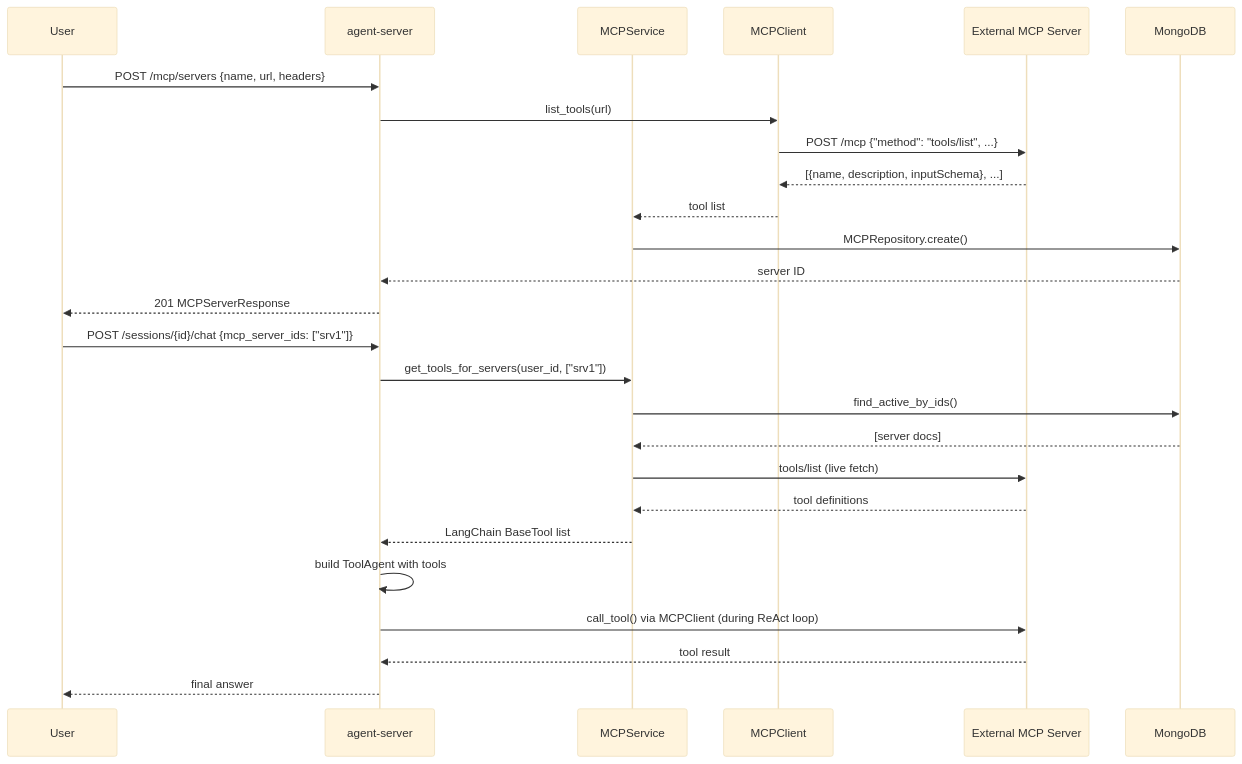
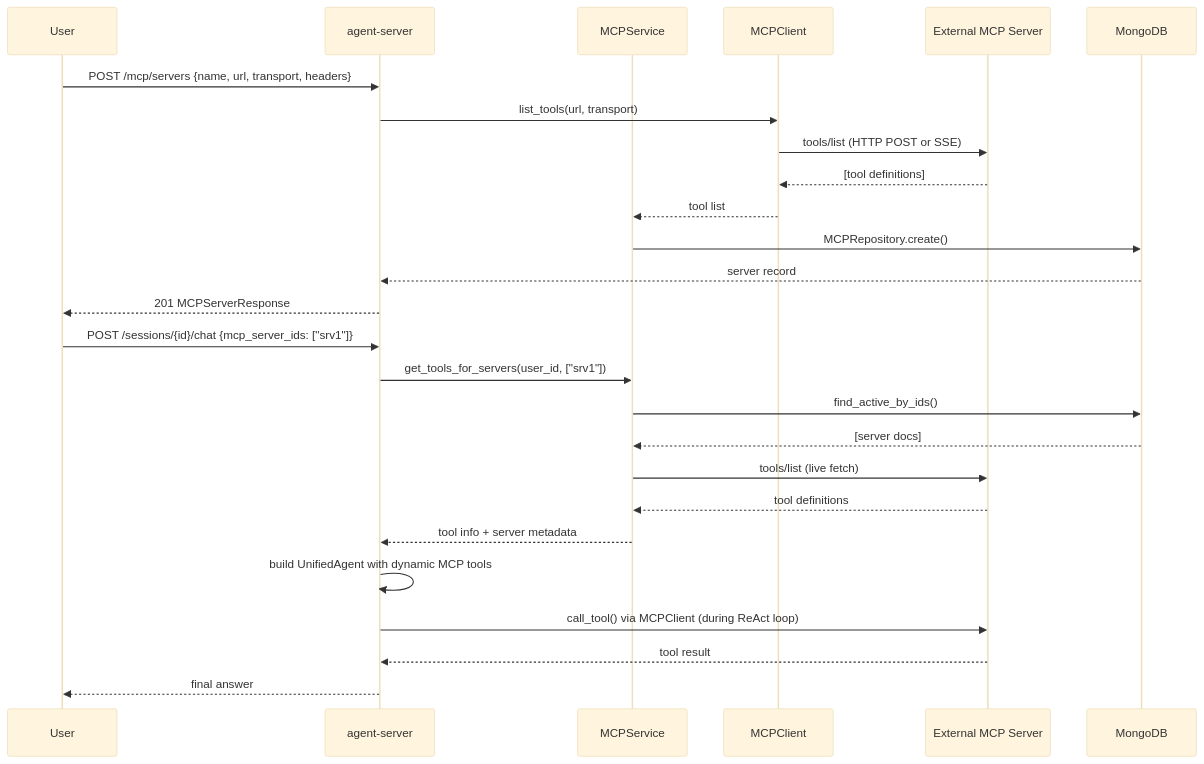
One commit to giasinguyen/chatly-messaging-platform changed the seventh of 12 diagrams in chatly-agent/ARCHITECTURE.md. Above: the diagram before and after it, drawn with Mermaid (base theme). The commit also changed other lines of this file and 2 other files, not shown here.

Commit message:
feat: update documentation to reflect image generation capabilities and API key changes

````diff
--- a/chatly-agent/ARCHITECTURE.md
+++ b/chatly-agent/ARCHITECTURE.md
@@ -256,30 +246,30 @@
 ```mermaid
 sequenceDiagram
     participant U as User
     participant API as agent-server
     participant MCPS as MCPService
     participant MCPC as MCPClient
     participant Ext as External MCP Server
     participant DB as MongoDB
 
-    U->>API: POST /mcp/servers {name, url, headers}
-    API->>MCPC: list_tools(url)
-    MCPC->>Ext: POST /mcp {"method": "tools/list", ...}
-    Ext-->>MCPC: [{name, description, inputSchema}, ...]
+    U->>API: POST /mcp/servers {name, url, transport, headers}
+    API->>MCPC: list_tools(url, transport)
+    MCPC->>Ext: tools/list (HTTP POST or SSE)
+    Ext-->>MCPC: [tool definitions]
     MCPC-->>MCPS: tool list
     MCPS->>DB: MCPRepository.create()
-    DB-->>API: server ID
+    DB-->>API: server record
     API-->>U: 201 MCPServerResponse
 
     U->>API: POST /sessions/{id}/chat {mcp_server_ids: ["srv1"]}
     API->>MCPS: get_tools_for_servers(user_id, ["srv1"])
     MCPS->>DB: find_active_by_ids()
     DB-->>MCPS: [server docs]
     MCPS->>Ext: tools/list (live fetch)
     Ext-->>MCPS: tool definitions
-    MCPS-->>API: LangChain BaseTool list
-    API->>API: build ToolAgent with tools
+    MCPS-->>API: tool info + server metadata
+    API->>API: build UnifiedAgent with dynamic MCP tools
     API->>Ext: call_tool() via MCPClient (during ReAct loop)
     Ext-->>API: tool result
     API-->>U: final answer
 ```
````
